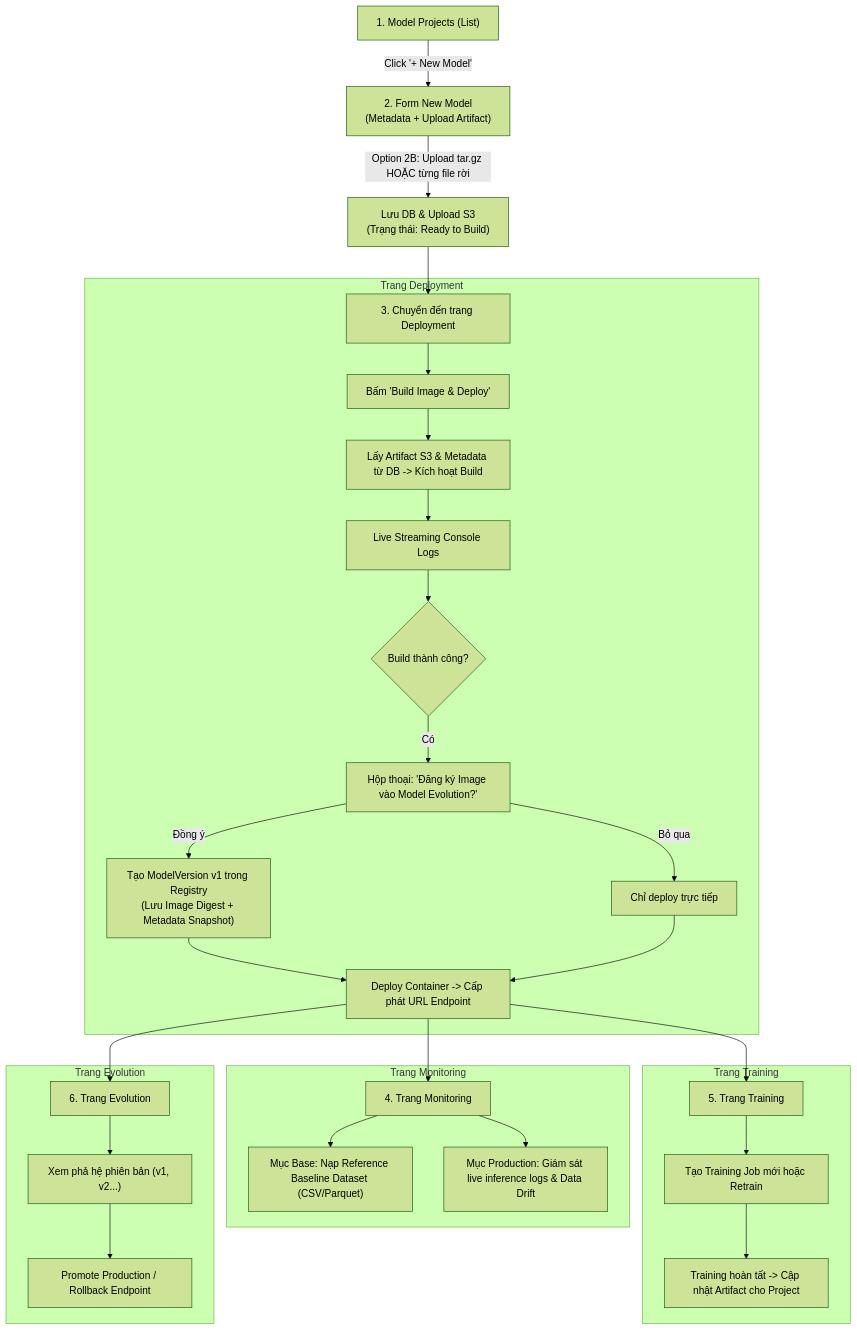
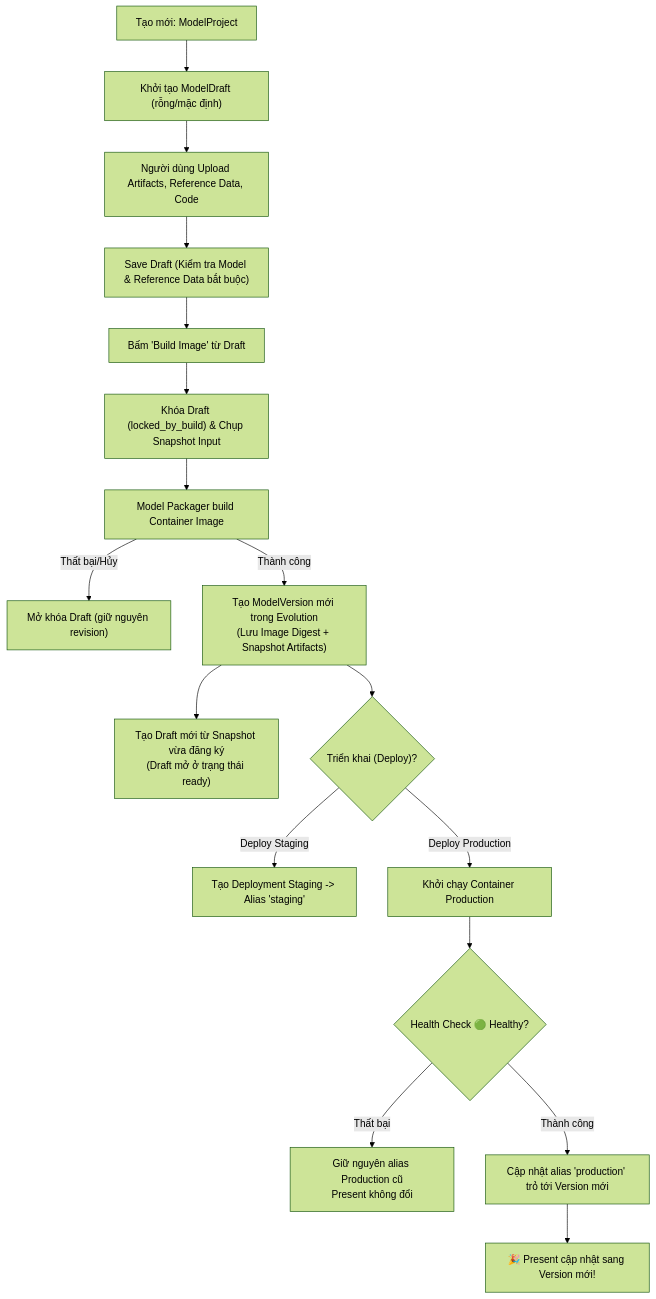
The diagram in docs/dev/web-workflow-redesign.md (Viet-Hoang-2005/MLOps-paas-system), drawn with Mermaid (forest theme) before and after one commit. The commit also changed other lines of this file and 186 other files, not shown here.

Commit message:
refactor: Present, Draft, Build, Evolution, Deployment, Registry Alias workflow

````diff
--- a/docs/dev/web-workflow-redesign.md
+++ b/docs/dev/web-workflow-redesign.md
@@ -67,36 +56,19 @@
 ```mermaid
 flowchart TD
-    A["1. Model Projects (List)"] -->|Click '+ New Model'| B["2. Form New Model<br/>(Metadata + Upload Artifact)"]
-    B -->|Option 2B: Upload tar.gz HOẶC từng file rời| C["Lưu DB & Upload S3<br/>(Trạng thái: Ready to Build)"]
-    C --> D["3. Chuyển đến trang Deployment"]
-    
-    subgraph Deployment["Trang Deployment"]
-        D --> E["Bấm 'Build Image & Deploy'"]
-        E --> F["Lấy Artifact S3 & Metadata từ DB -> Kích hoạt Build"]
-        F --> G["Live Streaming Console Logs"]
-        G --> H{"Build thành công?"}
-        H -->|Có| I["Hộp thoại: 'Đăng ký Image vào Model Evolution?'"]
-        I -->|Đồng ý| J["Tạo ModelVersion v1 trong Registry<br/>(Lưu Image Digest + Metadata Snapshot)"]
-        I -->|Bỏ qua| K["Chỉ deploy trực tiếp"]
-        J --> L["Deploy Container -> Cấp phát URL Endpoint"]
-        K --> L
-    end
-    
-    L --> M["4. Trang Monitoring"]
-    subgraph Monitoring["Trang Monitoring"]
-        M --> M1["Mục Base: Nạp Reference Baseline Dataset (CSV/Parquet)"]
-        M --> M2["Mục Production: Giám sát live inference logs & Data Drift"]
-    end
-    
-    L --> N["5. Trang Training"]
-    subgraph Training["Trang Training"]
-        N --> N1["Tạo Training Job mới hoặc Retrain"]
-        N1 --> N2["Training hoàn tất -> Cập nhật Artifact cho Project"]
-    end
-    
-    L --> P["6. Trang Evolution"]
-    subgraph Evolution["Trang Evolution"]
-        P --> P1["Xem phả hệ phiên bản (v1, v2...)"]
-        P1 --> P2["Promote Production / Rollback Endpoint"]
-    end
+    A["Tạo mới: ModelProject"] --> B["Khởi tạo ModelDraft (rỗng/mặc định)"]
+    B --> C["Người dùng Upload Artifacts, Reference Data, Code"]
+    C --> D["Save Draft (Kiểm tra Model & Reference Data bắt buộc)"]
+    D --> E["Bấm 'Build Image' từ Draft"]
+    E --> F["Khóa Draft (locked_by_build) & Chụp Snapshot Input"]
+    F --> G["Model Packager build Container Image"]
+    G -->|Thất bại/Hủy| H["Mở khóa Draft (giữ nguyên revision)"]
+    G -->|Thành công| I["Tạo ModelVersion mới trong Evolution<br/>(Lưu Image Digest + Snapshot Artifacts)"]
+    I --> J["Tạo Draft mới từ Snapshot vừa đăng ký<br/>(Draft mở ở trạng thái ready)"]
+    I --> K{"Triển khai (Deploy)?"}
+    K -->|Deploy Staging| L["Tạo Deployment Staging -> Alias 'staging'"]
+    K -->|Deploy Production| M["Khởi chạy Container Production"]
+    M --> N{"Health Check 🟢 Healthy?"}
+    N -->|Thất bại| O["Giữ nguyên alias Production cũ<br/>Present không đổi"]
+    N -->|Thành công| P["Cập nhật alias 'production' trỏ tới Version mới"]
+    P --> Q["🎉 Present cập nhật sang Version mới!"]
 ```
````
